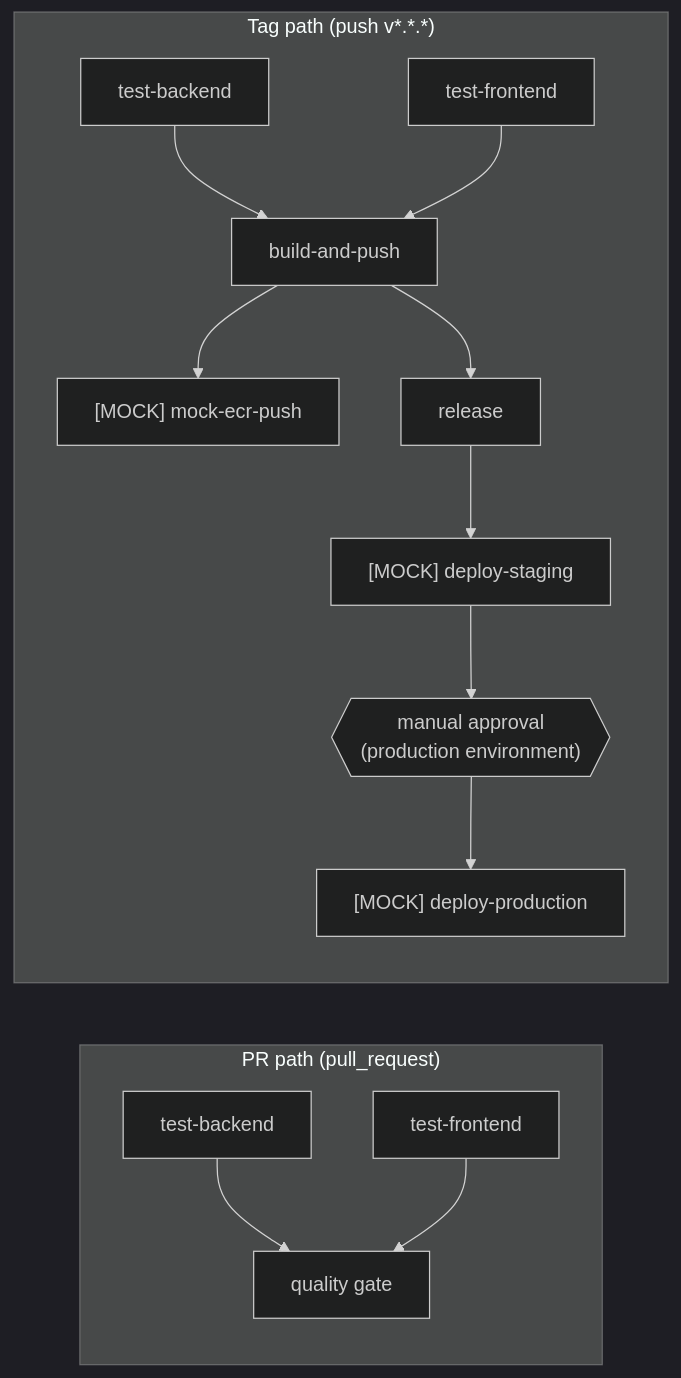
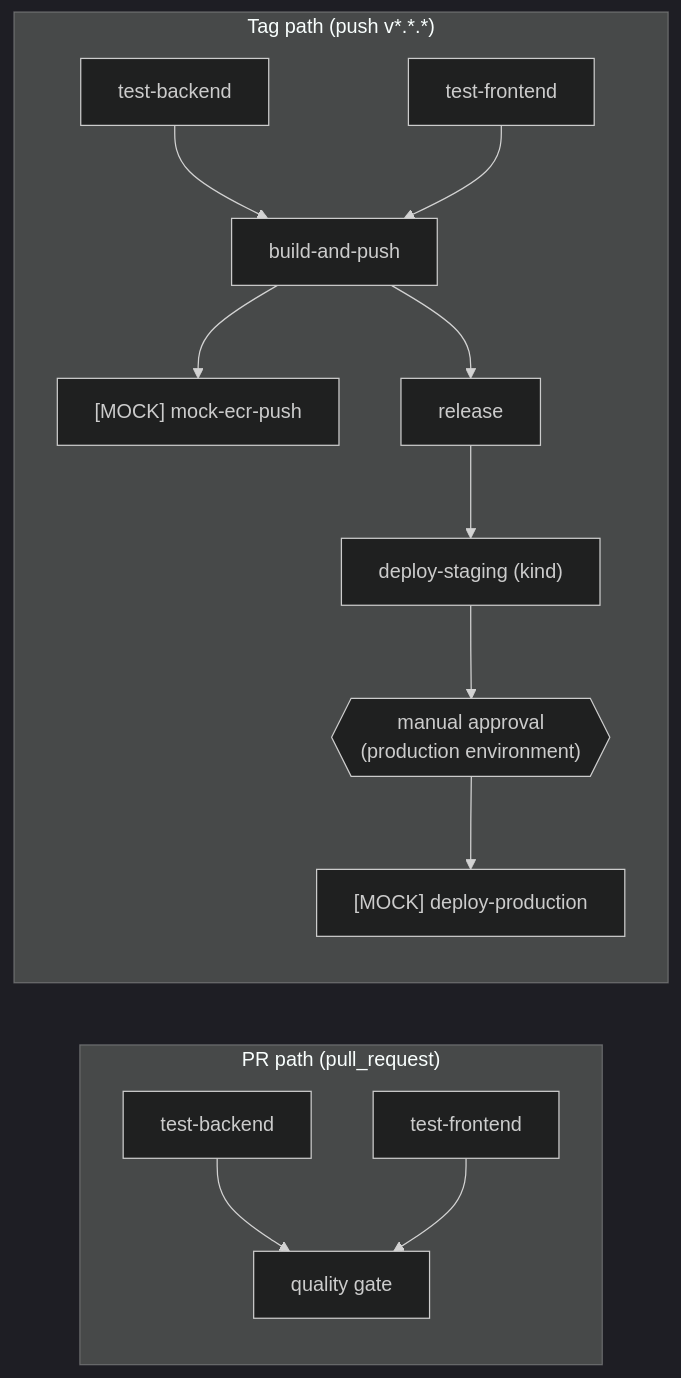
The diagram in docs/ci-cd.md (iAhmedMusa/devops-assessment), drawn with Mermaid (dark theme) before and after one commit. The commit also changed other lines of this file, not shown here.

Commit message:
docs: update pipeline docs for kind integration deploy

````diff
--- a/docs/ci-cd.md
+++ b/docs/ci-cd.md
@@ -7,17 +7,17 @@
 ```mermaid
 flowchart LR
     subgraph "PR path (pull_request)"
         A1[test-backend] --> A2[quality gate]
         A3[test-frontend] --> A2
     end
 
     subgraph "Tag path (push v*.*.*)"
         B1[test-backend] --> B3[build-and-push]
         B2[test-frontend] --> B3
         B3 --> B4["[MOCK] mock-ecr-push"]
         B3 --> B5[release]
-        B5 --> B6["[MOCK] deploy-staging"]
+        B5 --> B6["deploy-staging (kind)"]
         B6 --> G{{"manual approval\n(production environment)"}}
         G --> B7["[MOCK] deploy-production"]
     end
 ```
````
